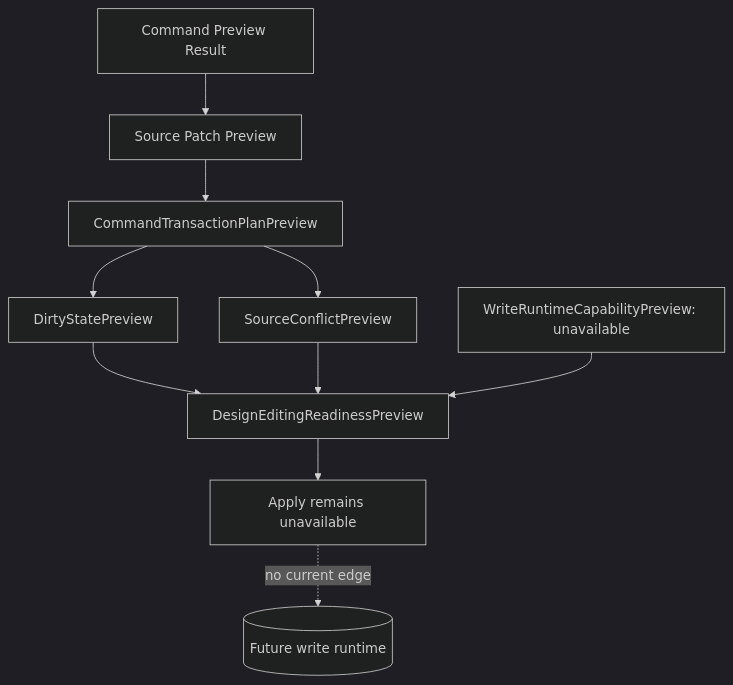
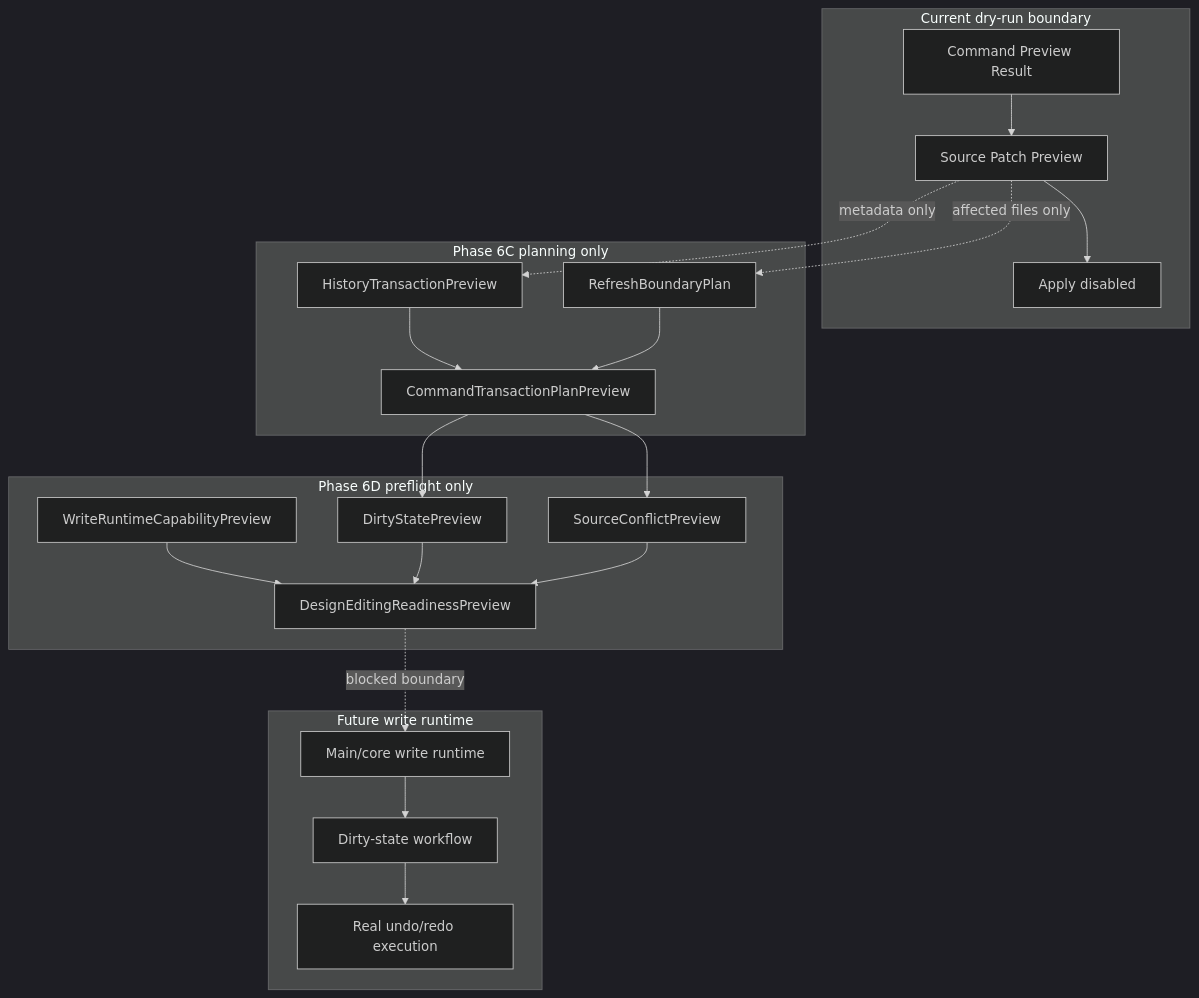
One commit to krestosa/Crystal changed the diagram in docs/architecture/flows/future-write-flow.md. Above: the diagram before and after it, drawn with Mermaid (dark theme). The commit also changed other lines of this file and 2 other files, not shown here.

Commit message:
Preserve design editing preflight documentation context

````diff
--- a/docs/architecture/flows/future-write-flow.md
+++ b/docs/architecture/flows/future-write-flow.md
@@ -63,12 +83,40 @@
 ```mermaid
 flowchart TD
-  CommandPreview[Command Preview Result] --> PatchPreview[Source Patch Preview]
-  PatchPreview --> TransactionPlan[CommandTransactionPlanPreview]
-  TransactionPlan --> Dirty[DirtyStatePreview]
-  TransactionPlan --> Conflict[SourceConflictPreview]
-  Dirty --> Readiness[DesignEditingReadinessPreview]
+  subgraph Current[Current dry-run boundary]
+    CommandPreview[Command Preview Result]
+    PatchPreview[Source Patch Preview]
+    ApplyDisabled[Apply disabled]
+  end
+
+  subgraph Phase6C[Phase 6C planning only]
+    HistoryPreview[HistoryTransactionPreview]
+    RefreshPlan[RefreshBoundaryPlan]
+    TransactionPlan[CommandTransactionPlanPreview]
+  end
+
+  subgraph Phase6D[Phase 6D preflight only]
+    Dirty[DirtyStatePreview]
+    Conflict[SourceConflictPreview]
+    Runtime[WriteRuntimeCapabilityPreview]
+    Readiness[DesignEditingReadinessPreview]
+  end
+
+  subgraph Future[Future write runtime]
+    WriteRuntime[Main/core write runtime]
+    DirtyState[Dirty-state workflow]
+    RealHistory[Real undo/redo execution]
+  end
+
+  CommandPreview --> PatchPreview --> ApplyDisabled
+  PatchPreview -. metadata only .-> HistoryPreview
+  PatchPreview -. affected files only .-> RefreshPlan
+  HistoryPreview --> TransactionPlan
+  RefreshPlan --> TransactionPlan
+  TransactionPlan --> Dirty
+  TransactionPlan --> Conflict
+  Runtime --> Readiness
+  Dirty --> Readiness
   Conflict --> Readiness
-  WriteRuntime[WriteRuntimeCapabilityPreview: unavailable] --> Readiness
-  Readiness --> ApplyBlocked[Apply remains unavailable]
-  ApplyBlocked -. no current edge .-> FutureWrite[(Future write runtime)]
+  Readiness -. blocked boundary .-> WriteRuntime
+  WriteRuntime --> DirtyState --> RealHistory
 ```
````
